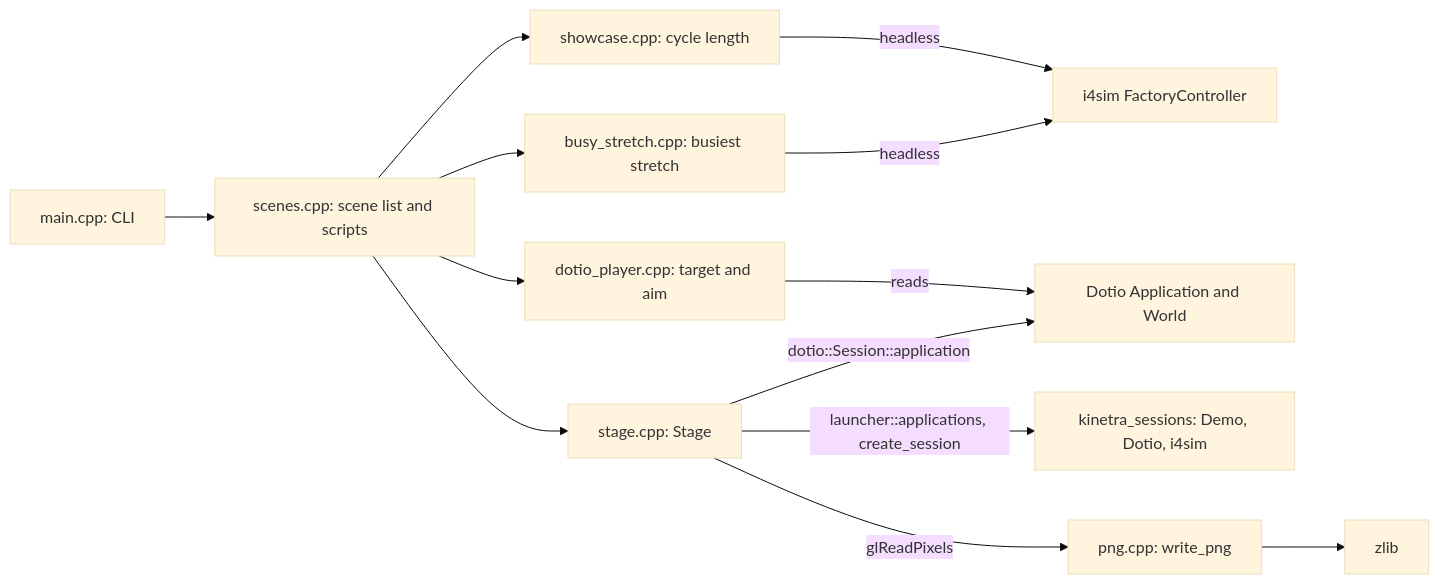
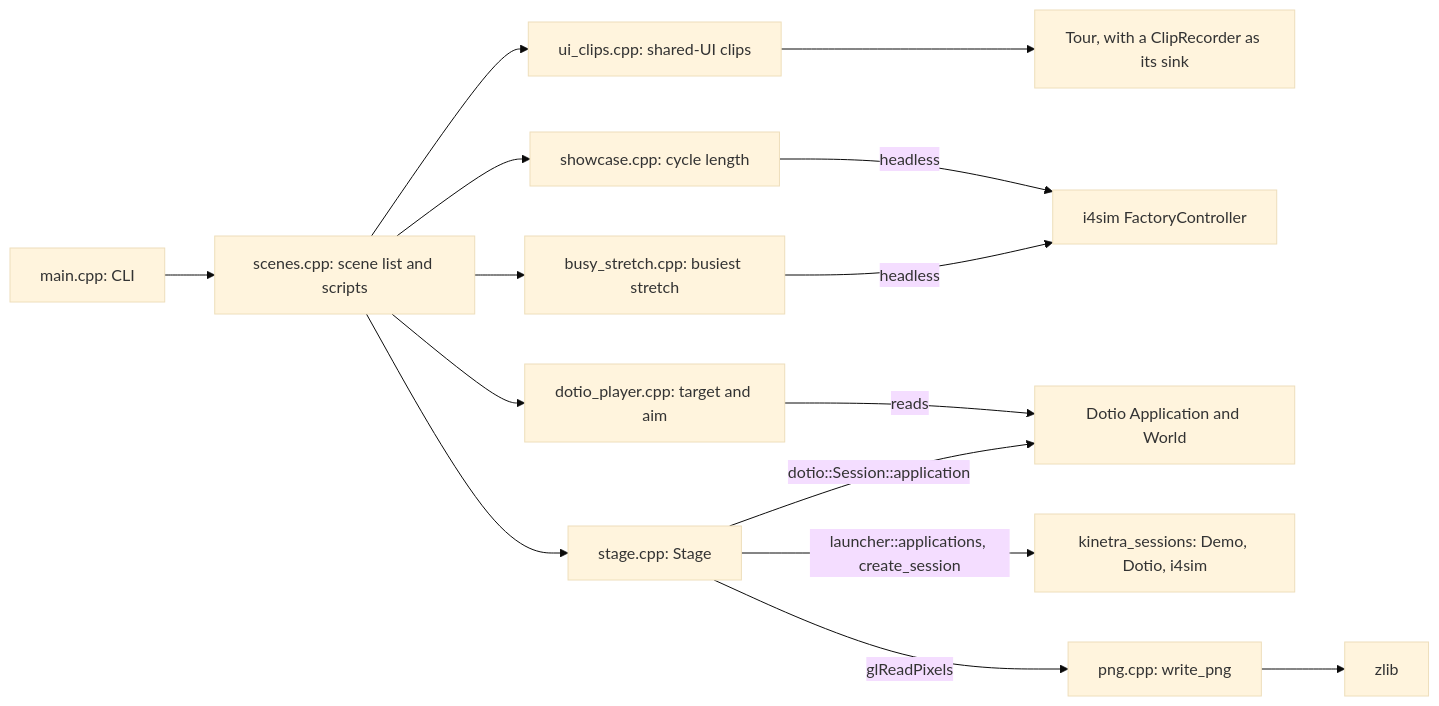
Before and after one commit to SMB-M87/Kinetra-Lab: the first of 3 diagrams in tools/capture/README.md, drawn with Mermaid (base theme). The commit also changed other lines of this file and 13 other files, not shown here.

````diff
--- a/tools/capture/README.md
+++ b/tools/capture/README.md
@@ -53,15 +55,17 @@
 ```mermaid
 flowchart LR
     Main[main.cpp: CLI] --> Scenes[scenes.cpp: scene list and scripts]
     Scenes --> Stage[stage.cpp: Stage]
     Scenes --> Showcase[showcase.cpp: cycle length]
     Scenes --> Busy[busy_stretch.cpp: busiest stretch]
     Scenes --> Player[dotio_player.cpp: target and aim]
+    Scenes --> Ui[ui_clips.cpp: shared-UI clips]
+    Ui --> Tour[Tour, with a ClipRecorder as its sink]
     Showcase -->|headless| Controller[i4sim FactoryController]
     Busy -->|headless| Controller
     Player -->|reads| World[Dotio Application and World]
     Stage -->|launcher::applications, create_session| Sessions[kinetra_sessions: Demo, Dotio, i4sim]
     Stage -->|dotio::Session::application| World
     Stage -->|glReadPixels| Png[png.cpp: write_png]
     Png --> Zlib[zlib]
 ```
````
